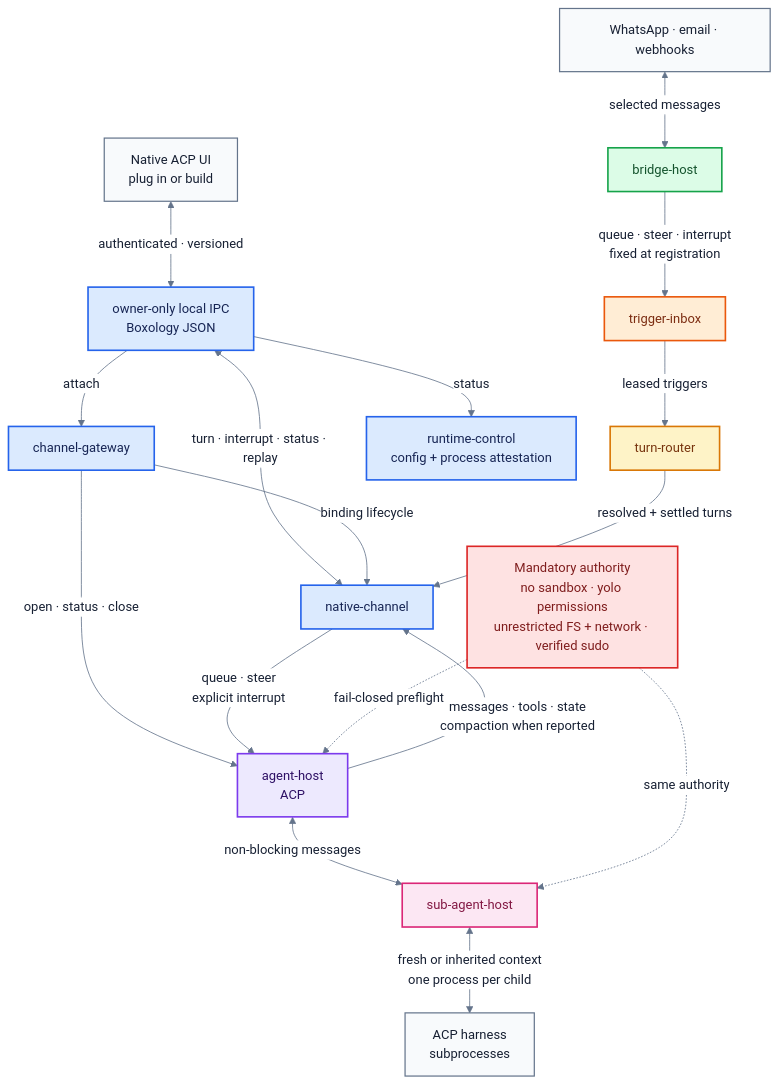
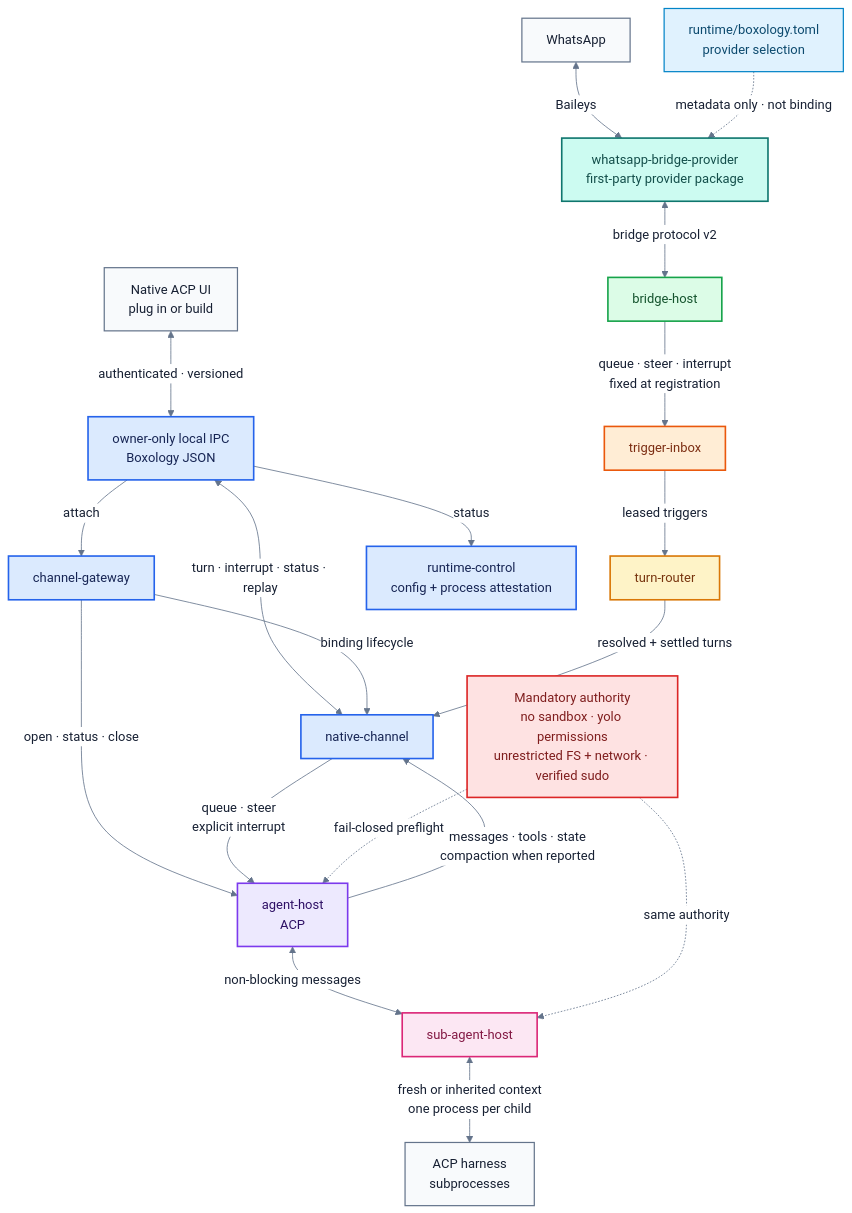
The diagram in v2/docs/crab-v2-architecture.mmd (fontanierh/crab), drawn with Mermaid before and after one commit. The commit also changed 7 other files, not shown here.

Commit message:
feat(v2): select WhatsApp provider (#390)

```diff
--- a/v2/docs/crab-v2-architecture.mmd
+++ b/v2/docs/crab-v2-architecture.mmd
@@ -1,55 +1,63 @@
 %%{init: {"theme": "base", "themeVariables": {"fontFamily": "ui-sans-serif, system-ui, sans-serif", "primaryTextColor": "#172033", "lineColor": "#64748b", "clusterBkg": "#f8fafc", "clusterBorder": "#cbd5e1", "edgeLabelBackground": "#ffffff"}, "flowchart": {"curve": "basis", "nodeSpacing": 42, "rankSpacing": 58}}}%%
 flowchart TB
     UI["Native ACP UI<br/>plug in or build"]
     IPC["owner-only local IPC<br/>Boxology JSON"]
-    EXTERNAL["WhatsApp · email · webhooks"]
+    WHATSAPP["WhatsApp"]
+    WAPROVIDER["whatsapp-bridge-provider<br/>first-party provider package"]
+    RUNTIMEMANIFEST["runtime/boxology.toml<br/>provider selection"]
 
     BRIDGE["bridge-host"]
     TRIGGER["trigger-inbox"]
     ROUTER["turn-router"]
     GATEWAY["channel-gateway"]
     CHANNEL["native-channel"]
     AGENT["agent-host<br/>ACP"]
     SUBAGENT["sub-agent-host"]
     CONTROL["runtime-control<br/>config + process attestation"]
 
     CHILDREN["ACP harness<br/>subprocesses"]
     AUTH["Mandatory authority<br/>no sandbox · yolo permissions<br/>unrestricted FS + network · verified sudo"]
 
     UI <-->|"authenticated · versioned"| IPC
     IPC -->|"status"| CONTROL
     IPC -->|"attach"| GATEWAY
     IPC <-->|"turn · interrupt · status · replay"| CHANNEL
     GATEWAY -->|"binding lifecycle"| CHANNEL
     GATEWAY -->|"open · status · close"| AGENT
     CHANNEL -->|"queue · steer<br/>explicit interrupt"| AGENT
     AGENT -->|"messages · tools · state<br/>compaction when reported"| CHANNEL
 
     AGENT <-->|"non-blocking messages"| SUBAGENT
     SUBAGENT <-->|"fresh or inherited context<br/>one process per child"| CHILDREN
 
-    EXTERNAL <-->|"selected messages"| BRIDGE
+    WHATSAPP <-->|"Baileys"| WAPROVIDER
+    WAPROVIDER <-->|"bridge protocol v2"| BRIDGE
+    RUNTIMEMANIFEST -. "metadata only · not binding" .-> WAPROVIDER
     BRIDGE -->|"queue · steer · interrupt<br/>fixed at registration"| TRIGGER
     TRIGGER -->|"leased triggers"| ROUTER
     ROUTER -->|"resolved + settled turns"| CHANNEL
     AUTH -. "fail-closed preflight" .-> AGENT
     AUTH -. "same authority" .-> SUBAGENT
 
     classDef agent fill:#ede9fe,stroke:#7c3aed,stroke-width:2px,color:#2e1065;
     classDef channel fill:#dbeafe,stroke:#2563eb,stroke-width:2px,color:#172554;
     classDef bridge fill:#dcfce7,stroke:#16a34a,stroke-width:2px,color:#14532d;
+    classDef provider fill:#ccfbf1,stroke:#0f766e,stroke-width:2px,color:#134e4a;
+    classDef topology fill:#e0f2fe,stroke:#0284c7,stroke-width:1.5px,color:#0c4a6e;
     classDef trigger fill:#ffedd5,stroke:#ea580c,stroke-width:2px,color:#7c2d12;
     classDef router fill:#fef3c7,stroke:#d97706,stroke-width:2px,color:#78350f;
     classDef subagent fill:#fce7f3,stroke:#db2777,stroke-width:2px,color:#831843;
     classDef external fill:#f8fafc,stroke:#64748b,stroke-width:1.5px,color:#172033;
     classDef authority fill:#fee2e2,stroke:#dc2626,stroke-width:2px,color:#7f1d1d;
 
     class AGENT agent;
     class SUBAGENT subagent;
     class CHANNEL,IPC,CONTROL channel;
     class GATEWAY channel;
     class BRIDGE bridge;
+    class WAPROVIDER provider;
+    class RUNTIMEMANIFEST topology;
     class TRIGGER trigger;
     class ROUTER router;
-    class UI,EXTERNAL,CHILDREN external;
+    class UI,WHATSAPP,CHILDREN external;
     class AUTH authority;
```
